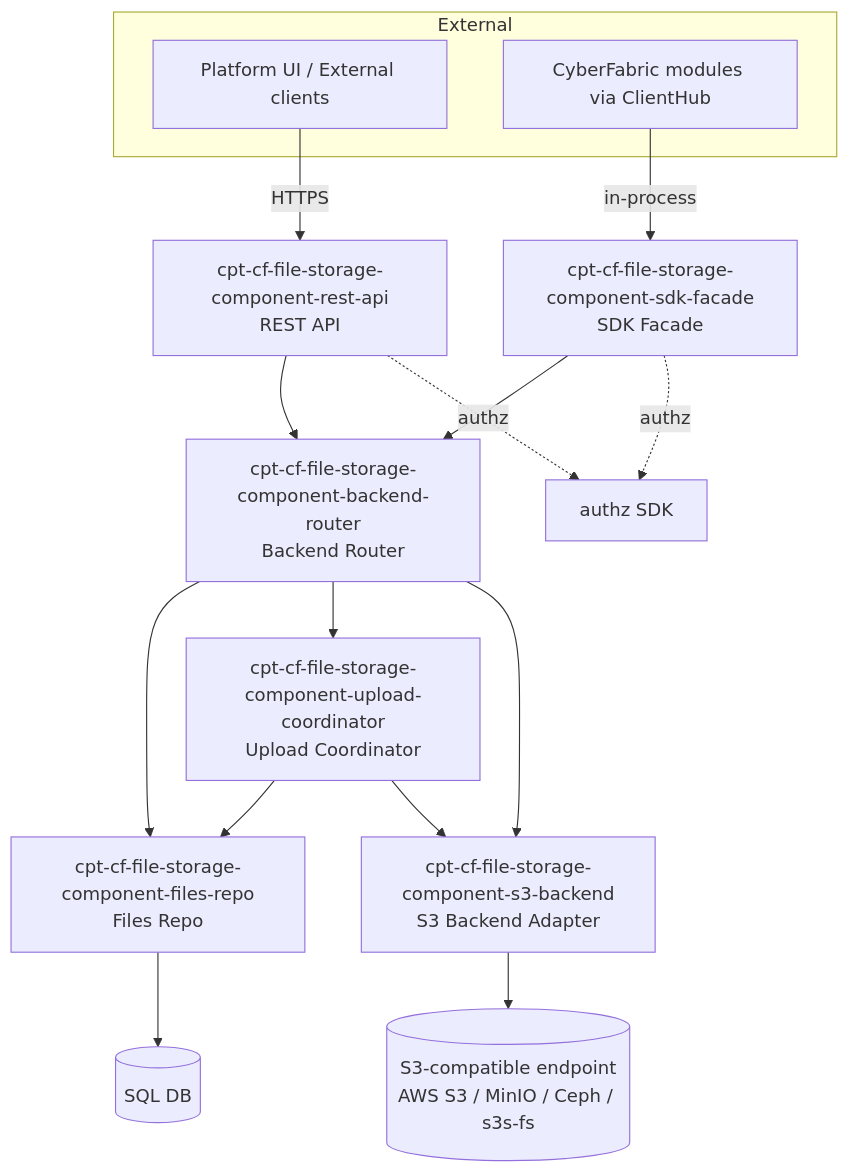
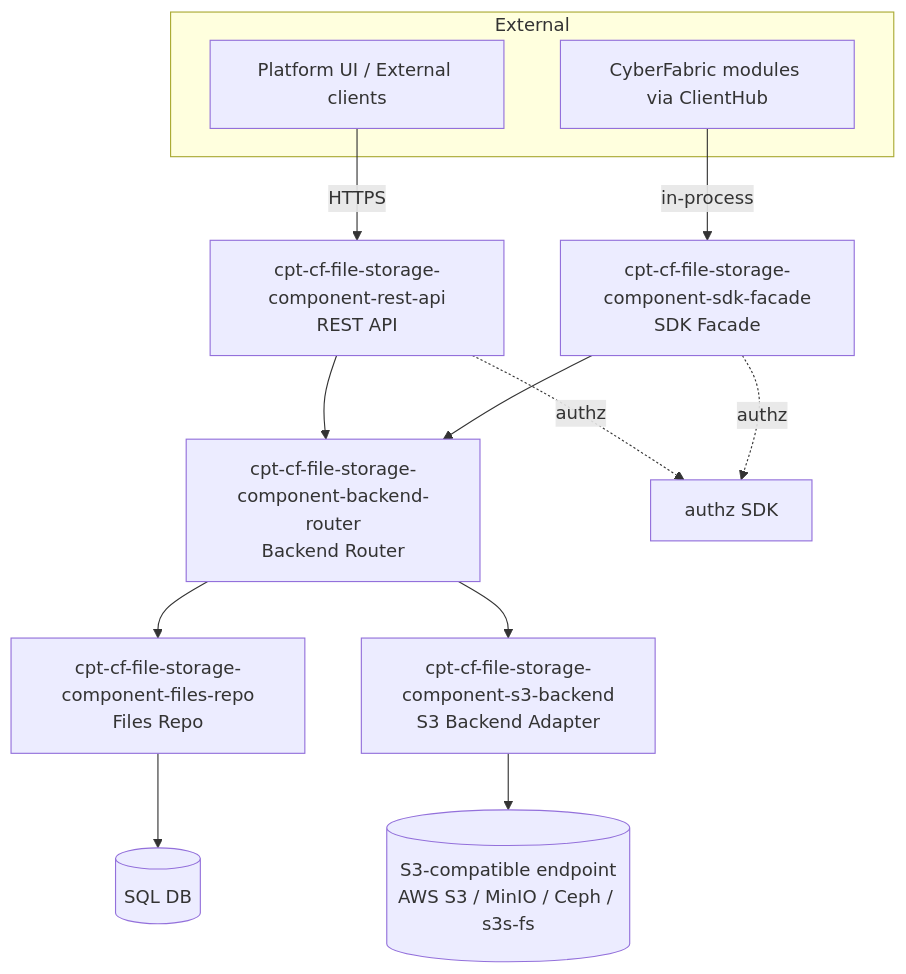
The second of 5 diagrams in modules/file-storage/docs/DESIGN.md (ffedoroff/cyberfabric-core), drawn with Mermaid before and after one commit. The commit also changed other lines of this file and 6 other files, not shown here.

````diff
--- a/modules/file-storage/docs/DESIGN.md
+++ b/modules/file-storage/docs/DESIGN.md
@@ -443,30 +443,26 @@
 ```mermaid
 graph TD
     subgraph External
       UI[Platform UI / External clients]
       MOD[CyberFabric modules via ClientHub]
     end
     REST[cpt-cf-file-storage-component-rest-api<br/>REST API]
     SDK[cpt-cf-file-storage-component-sdk-facade<br/>SDK Facade]
     ROUTER[cpt-cf-file-storage-component-backend-router<br/>Backend Router]
-    COORD[cpt-cf-file-storage-component-upload-coordinator<br/>Upload Coordinator]
     REPO[cpt-cf-file-storage-component-files-repo<br/>Files Repo]
     S3A[cpt-cf-file-storage-component-s3-backend<br/>S3 Backend Adapter]
     S3[(S3-compatible endpoint<br/>AWS S3 / MinIO / Ceph / s3s-fs)]
     PG[(SQL DB)]
     AUTHZ[authz SDK]
 
     UI -->|HTTPS| REST
     MOD -->|in-process| SDK
     REST --> ROUTER
     SDK --> ROUTER
     ROUTER --> REPO
-    ROUTER --> COORD
     ROUTER --> S3A
     REPO --> PG
-    COORD --> REPO
-    COORD --> S3A
     S3A --> S3
     REST -.authz.-> AUTHZ
     SDK -.authz.-> AUTHZ
 ```
````
